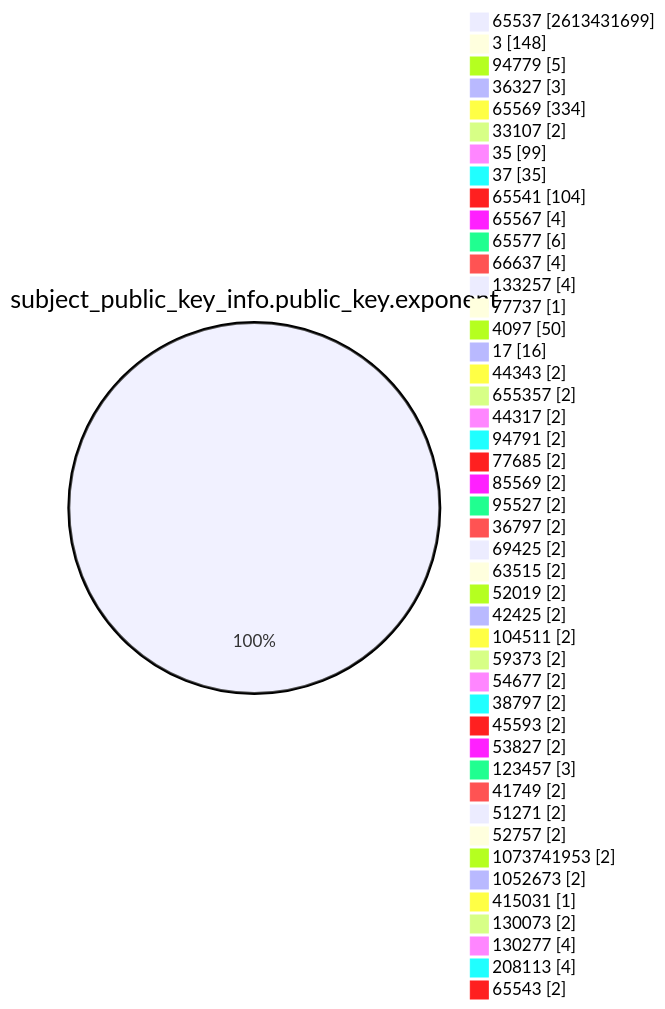
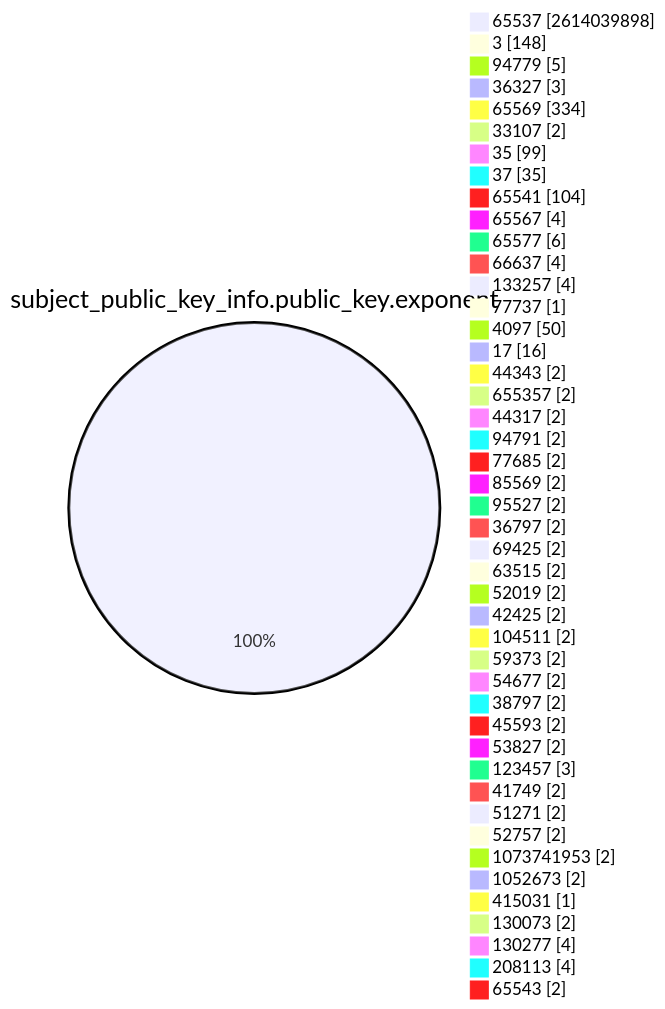
Before and after one commit to christiankrug/ctmonitor_visualization: the fourth of 15 diagrams in TOTAL/README.md, drawn with Mermaid. The commit also changed other lines of this file, not shown here.

````diff
--- a/TOTAL/README.md
+++ b/TOTAL/README.md
@@ -1466,49 +1466,49 @@
 ```mermaid
 pie showData
 title subject_public_key_info.public_key.exponent
-"65537" :2613431699
+"65537" :2614039898
 "3" :148
 "94779" :5
 "36327" :3
 "65569" :334
 "33107" :2
 "35" :99
 "37" :35
 "65541" :104
 "65567" :4
 "65577" :6
 "66637" :4
 "133257" :4
 "77737" :1
 "4097" :50
 "17" :16
 "44343" :2
 "655357" :2
 "44317" :2
 "94791" :2
 "77685" :2
 "85569" :2
 "95527" :2
 "36797" :2
 "69425" :2
 "63515" :2
 "52019" :2
 "42425" :2
 "104511" :2
 "59373" :2
 "54677" :2
 "38797" :2
 "45593" :2
 "53827" :2
 "123457" :3
 "41749" :2
 "51271" :2
 "52757" :2
 "1073741953" :2
 "1052673" :2
 "415031" :1
 "130073" :2
 "130277" :4
 "208113" :4
 "65543" :2
 ```
````
